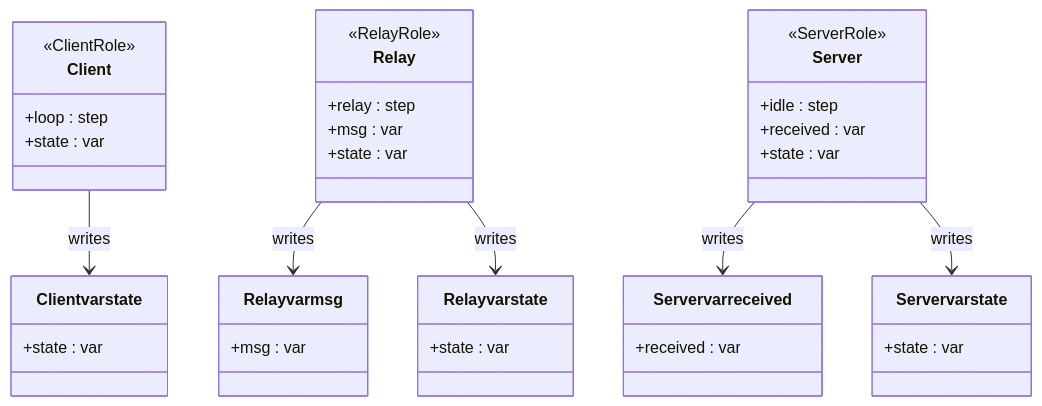
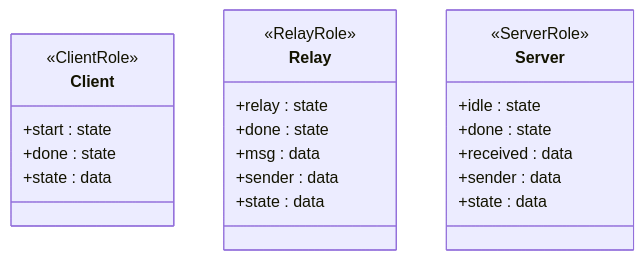
One commit to rfielding/go-ctl2 changed the diagram in docs/build/ir.generated.md. Above: the diagram before and after it, drawn with Mermaid. The commit also changed other lines of this file and 21 other files, not shown here.

````diff
--- a/docs/build/ir.generated.md
+++ b/docs/build/ir.generated.md
@@ -962,42 +986,27 @@
 ```mermaid
 classDiagram
     class Client {
-        +loop : step
-        +state : var
+        +start : state
+        +done : state
+        +state : data
     }
     <<ClientRole>> Client
-    class Clientvarstate {
-        +state : var
-    }
-    Client --> Clientvarstate : writes
 
     class Relay {
-        +relay : step
-        +msg : var
-        +state : var
+        +relay : state
+        +done : state
+        +msg : data
+        +sender : data
+        +state : data
     }
     <<RelayRole>> Relay
-    class Relayvarmsg {
-        +msg : var
-    }
-    class Relayvarstate {
-        +state : var
-    }
-    Relay --> Relayvarmsg : writes
-    Relay --> Relayvarstate : writes
 
     class Server {
-        +idle : step
-        +received : var
-        +state : var
+        +idle : state
+        +done : state
+        +received : data
+        +sender : data
+        +state : data
     }
     <<ServerRole>> Server
-    class Servervarreceived {
-        +received : var
-    }
-    class Servervarstate {
-        +state : var
-    }
-    Server --> Servervarreceived : writes
-    Server --> Servervarstate : writes
 ```
````
